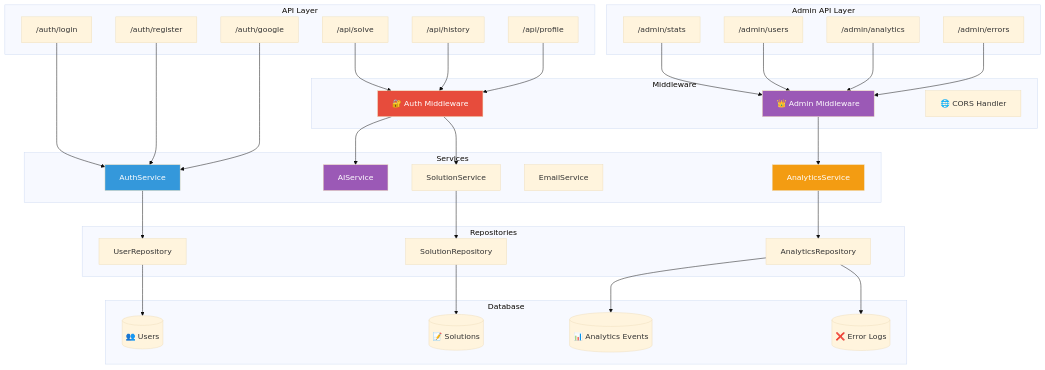
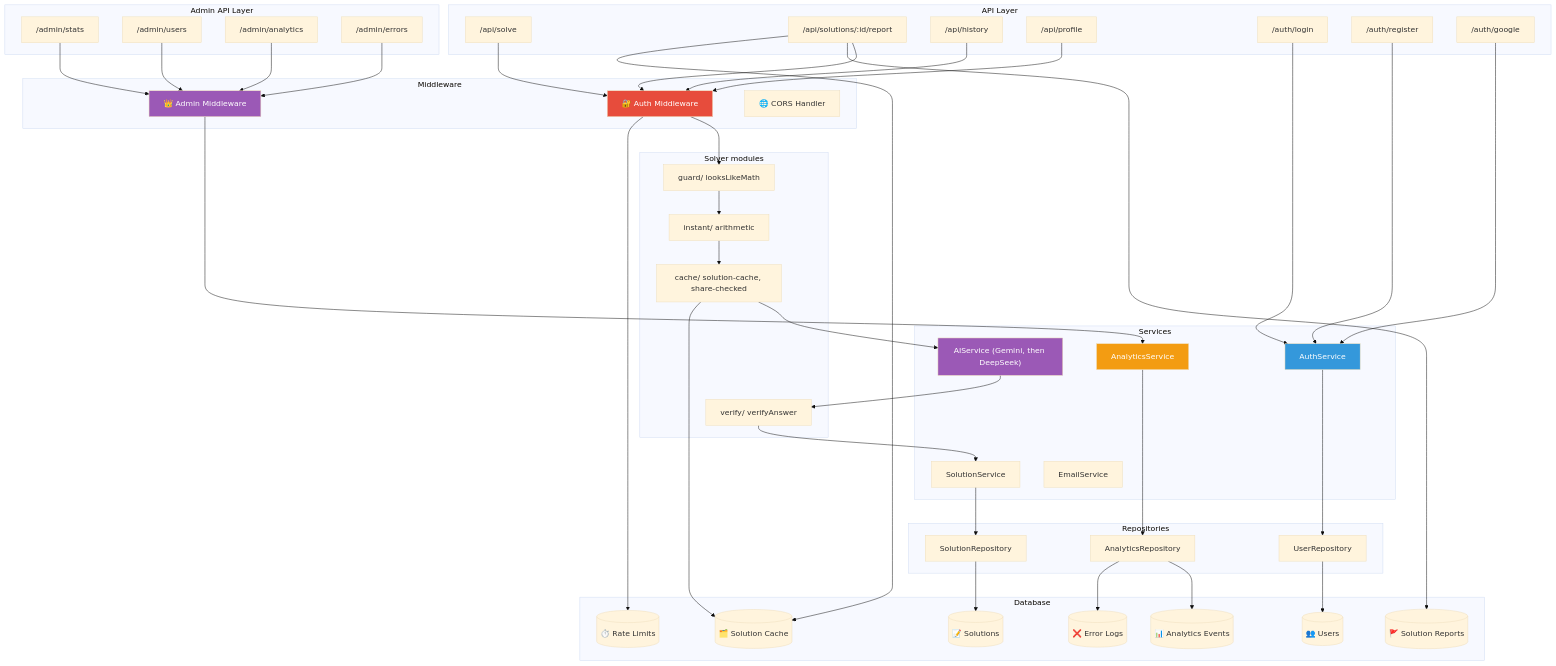
The fifth of 8 diagrams in docs/architecture.md (AbhishekBalija/MathGPT), drawn with Mermaid (base theme) before and after one commit. The commit also changed other lines of this file and 4 other files, not shown here.

```diff
--- a/docs/architecture.md
+++ b/docs/architecture.md
@@ -192,6 +244,7 @@
 graph TB
     subgraph "API Layer"
         SOLVE["/api/solve"]
+        REPORT["/api/solutions/:id/report"]
         HISTORY["/api/history"]
         PROFILE["/api/profile"]
         LOGIN["/auth/login"]
@@ -212,9 +265,16 @@
         CORS_MW["🌐 CORS Handler"]
     end
 
+    subgraph "Solver modules"
+        GUARD["guard/ looksLikeMath"]
+        INSTANT["instant/ arithmetic"]
+        CACHE["cache/ solution-cache, share-checked"]
+        VERIFY["verify/ verifyAnswer"]
+    end
+
     subgraph "Services"
         AUTH_SVC["AuthService"]
-        AI_SVC["AIService"]
+        AI_SVC["AIService (Gemini, then DeepSeek)"]
         SOL_SVC["SolutionService"]
         EMAIL_SVC["EmailService"]
         ANALYTICS_SVC["AnalyticsService"]
@@ -229,11 +289,15 @@
     subgraph "Database"
         USERS[("👥 Users")]
         SOLUTIONS[("📝 Solutions")]
+        CACHE_T[("🗂️ Solution Cache")]
+        REPORTS[("🚩 Solution Reports")]
+        LIMITS[("⏱️ Rate Limits")]
         EVENTS[("📊 Analytics Events")]
         ERRORS[("❌ Error Logs")]
     end
 
     SOLVE --> AUTH_MW
+    REPORT --> AUTH_MW
     HISTORY --> AUTH_MW
     PROFILE --> AUTH_MW
 
@@ -242,8 +306,16 @@
     ADMIN_ANALYTICS --> ADMIN_MW
     ADMIN_ERRORS --> ADMIN_MW
 
-    AUTH_MW --> AI_SVC
-    AUTH_MW --> SOL_SVC
+    AUTH_MW --> GUARD
+    GUARD --> INSTANT
+    INSTANT --> CACHE
+    CACHE --> AI_SVC
+    AI_SVC --> VERIFY
+    VERIFY --> SOL_SVC
+    CACHE --> CACHE_T
+    REPORT --> REPORTS
+    REPORT --> CACHE_T
+    AUTH_MW --> LIMITS
     ADMIN_MW --> ANALYTICS_SVC
 
     LOGIN --> AUTH_SVC
```
